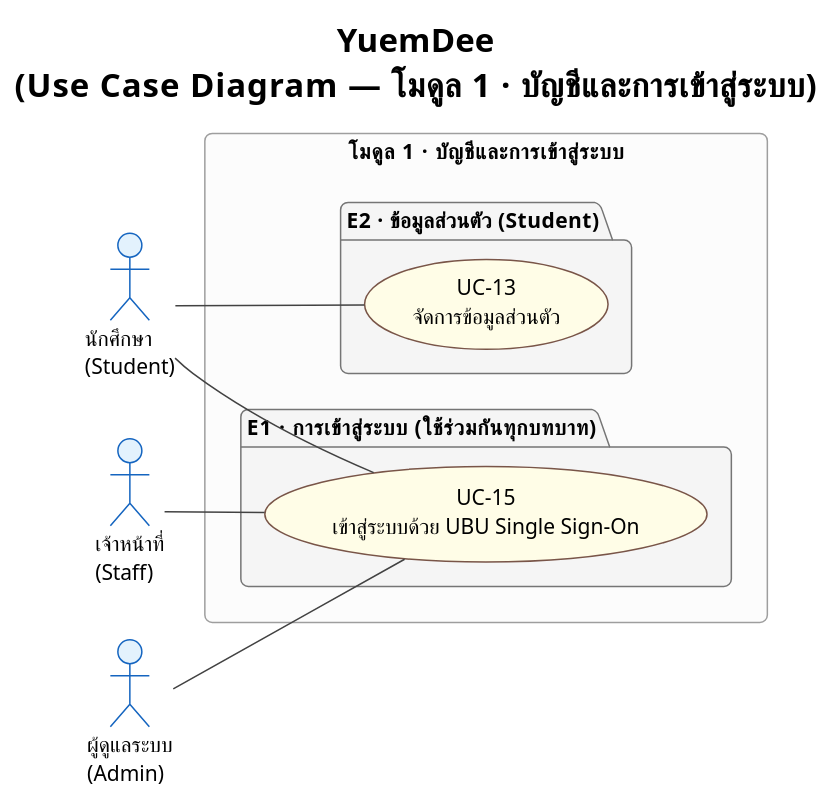
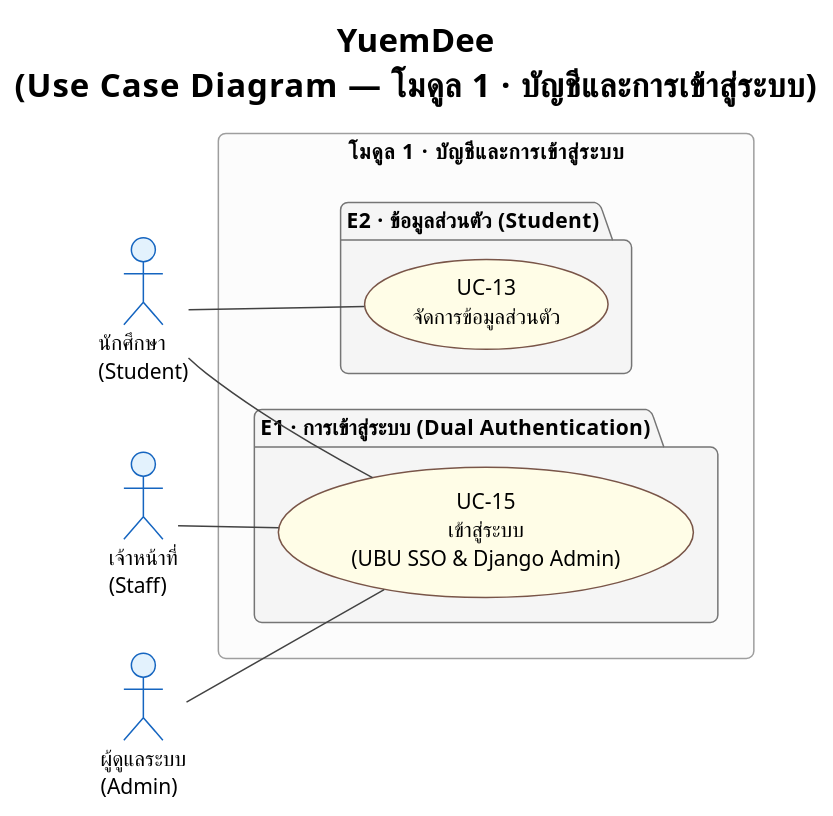
Before and after one commit to patlnwza-007/project-2569: the diagram in docs/proposal/usecase/usecase_module1.puml, drawn with PlantUML. The commit also changed 113 other files, not shown here.

Commit message:
Update use case, ERD and mockup; remove old page mappings before Django rebuild

```diff
--- a/docs/proposal/usecase/usecase_module1.puml
+++ b/docs/proposal/usecase/usecase_module1.puml
@@ -6,49 +6,49 @@
 @startuml usecase_module1
 !theme plain
 skinparam defaultFontName TH Sarabun New
 skinparam defaultFontSize 14
 skinparam roundcorner 10
 
 skinparam usecase {
   BackgroundColor #FFFDE7
   BorderColor #795548
 }
 skinparam actor {
   BackgroundColor #E3F2FD
   BorderColor #1565C0
 }
 skinparam package {
   BackgroundColor #F5F5F5
   BorderColor #757575
   FontStyle bold
 }
 skinparam rectangle {
   BackgroundColor #FCFCFC
   BorderColor #9E9E9E
 }
 skinparam ArrowColor #424242
 
 title <b>YuemDee</b>\n(Use Case Diagram — โมดูล 1 · บัญชีและการเข้าสู่ระบบ)
 
 left to right direction
 
 actor "นักศึกษา\n(Student)" as Student
 actor "เจ้าหน้าที่\n(Staff)" as Staff
 actor "ผู้ดูแลระบบ\n(Admin)" as Admin
 
 rectangle "โมดูล 1 · บัญชีและการเข้าสู่ระบบ" {
-  package "E1 · การเข้าสู่ระบบ (ใช้ร่วมกันทุกบทบาท)" {
-    usecase "UC-15\nเข้าสู่ระบบด้วย UBU Single Sign-On" as UC15
+  package "E1 · การเข้าสู่ระบบ (Dual Authentication)" {
+    usecase "UC-15\nเข้าสู่ระบบ\n(UBU SSO & Django Admin)" as UC15
   }
 
   package "E2 · ข้อมูลส่วนตัว (Student)" {
     usecase "UC-13\nจัดการข้อมูลส่วนตัว" as UC13
   }
 }
 
 Student -- UC15
 Staff -- UC15
 Admin -- UC15
 Student -- UC13
 
 @enduml
```
